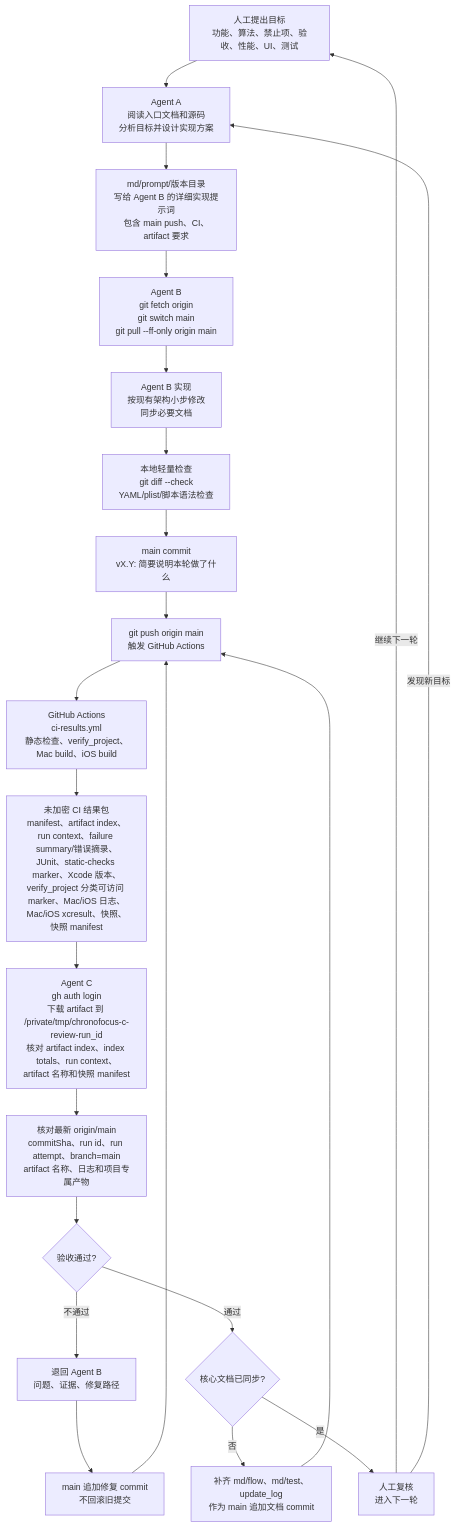
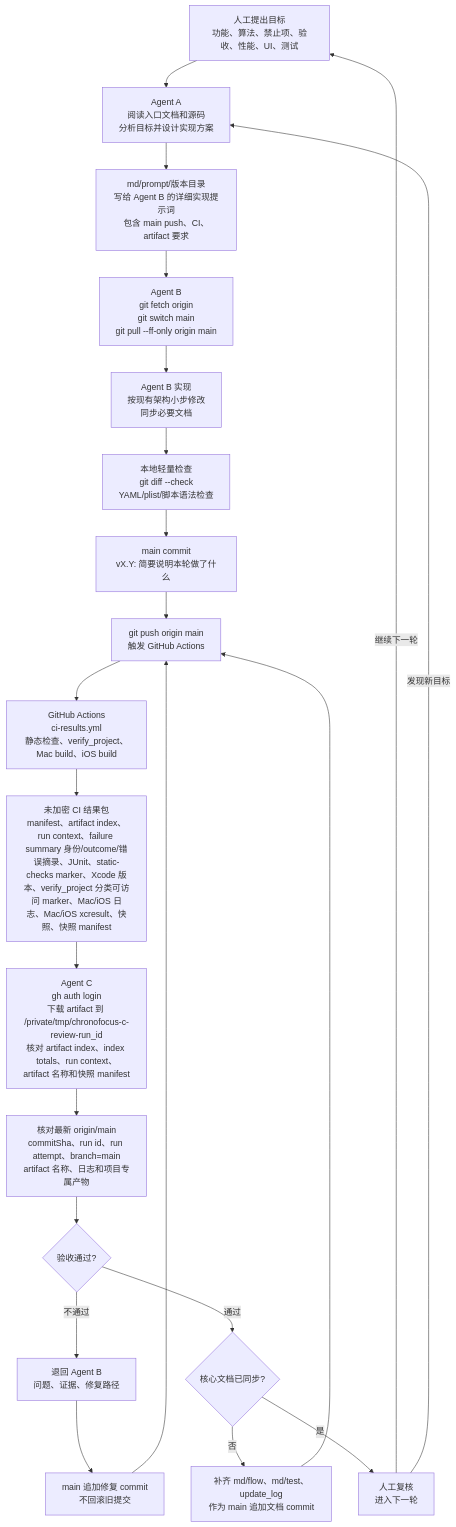
One commit to Altman-sam114/114 changed the fifth of 6 diagrams in md/flow/flowchart.md. Above: the diagram before and after it, drawn with Mermaid. The commit also changed 7 other files, not shown here.

Commit message:
v0.36: 复判 failure summary 身份

````diff
--- a/md/flow/flowchart.md
+++ b/md/flow/flowchart.md
@@ -102,24 +102,24 @@
 ```mermaid
 flowchart TD
   H["人工提出目标<br/>功能、算法、禁止项、验收、性能、UI、测试"] --> A["Agent A<br/>阅读入口文档和源码<br/>分析目标并设计实现方案"]
   A --> P["md/prompt/版本目录<br/>写给 Agent B 的详细实现提示词<br/>包含 main push、CI、artifact 要求"]
   P --> B0["Agent B<br/>git fetch origin<br/>git switch main<br/>git pull --ff-only origin main"]
   B0 --> B1["Agent B 实现<br/>按现有架构小步修改<br/>同步必要文档"]
   B1 --> L["本地轻量检查<br/>git diff --check<br/>YAML/plist/脚本语法检查"]
   L --> G["main commit<br/>vX.Y: 简要说明本轮做了什么"]
   G --> PUSH["git push origin main<br/>触发 GitHub Actions"]
   PUSH --> CI["GitHub Actions<br/>ci-results.yml<br/>静态检查、verify_project、Mac build、iOS build"]
-  CI --> ART["未加密 CI 结果包<br/>manifest、artifact index、run context、failure summary/错误摘录、JUnit、static-checks marker、Xcode 版本、verify_project 分类可访问 marker、Mac/iOS 日志、Mac/iOS xcresult、快照、快照 manifest"]
+  CI --> ART["未加密 CI 结果包<br/>manifest、artifact index、run context、failure summary 身份/outcome/错误摘录、JUnit、static-checks marker、Xcode 版本、verify_project 分类可访问 marker、Mac/iOS 日志、Mac/iOS xcresult、快照、快照 manifest"]
   ART --> C["Agent C<br/>gh auth login<br/>下载 artifact 到 /private/tmp/chronofocus-c-review-run_id<br/>核对 artifact index、index totals、run context、artifact 名称和快照 manifest"]
   C --> V["核对最新 origin/main<br/>commitSha、run id、run attempt、branch=main<br/>artifact 名称、日志和项目专属产物"]
   V --> PASS{"验收通过?"}
   PASS -->|不通过| BACK["退回 Agent B<br/>问题、证据、修复路径"]
   BACK --> FIX["main 追加修复 commit<br/>不回滚旧提交"]
   FIX --> PUSH
   PASS -->|通过| DOC{"核心文档已同步?"}
   DOC -->|否| D["补齐 md/flow、md/test、update_log<br/>作为 main 追加文档 commit"]
   D --> PUSH
   DOC -->|是| J["人工复核<br/>进入下一轮"]
   J -->|继续下一轮| H
   J -->|发现新目标| A
 ```
````
